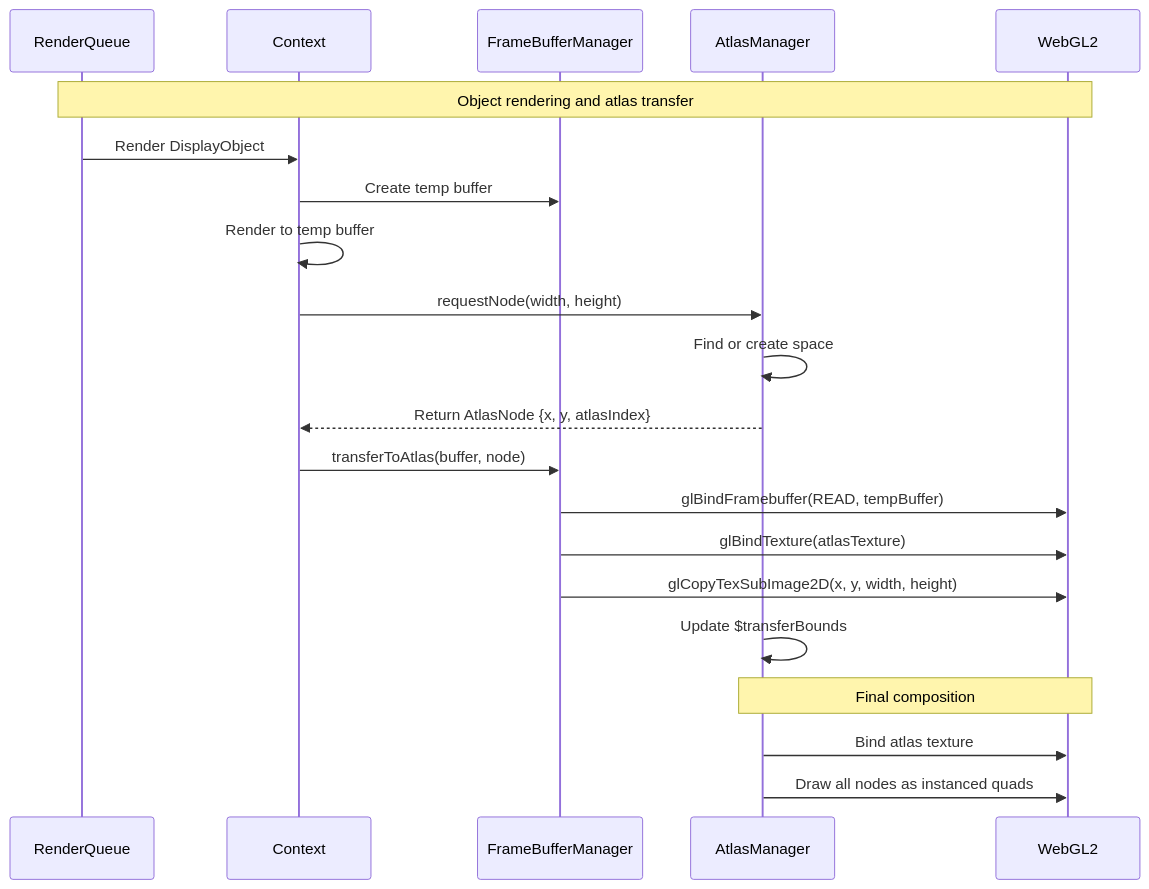
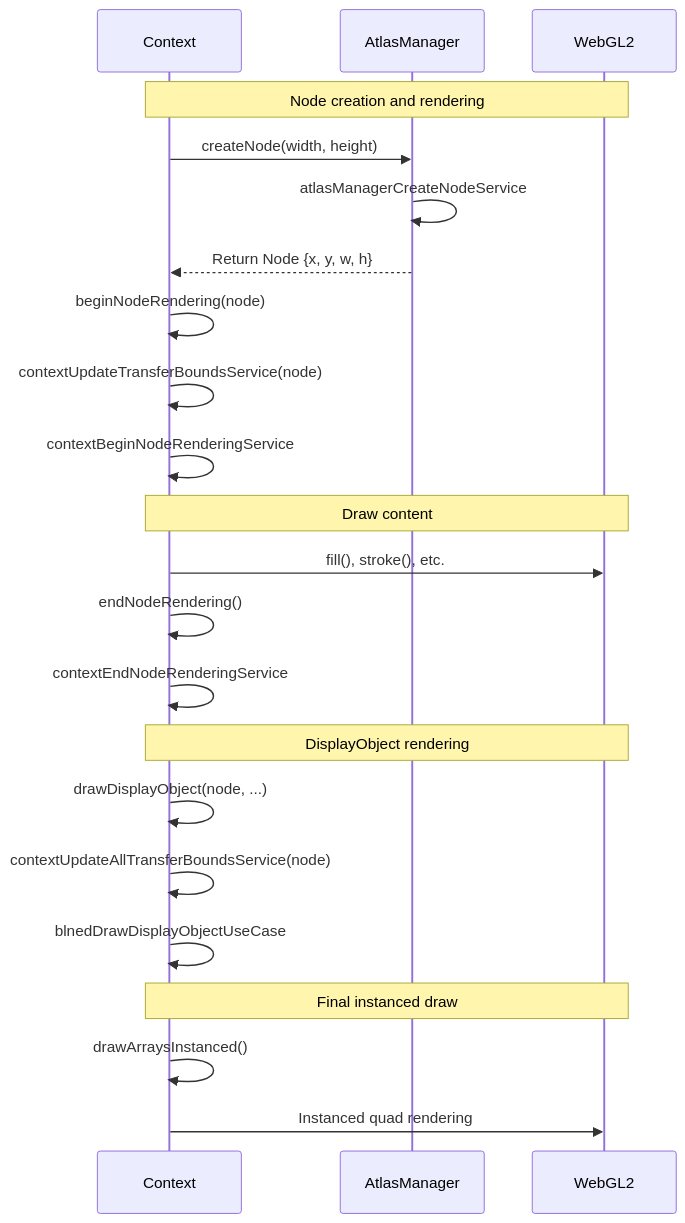
Diagram 33 of 37 in packages/webgl/RENDERING_FLOW.md (Next2D/player), drawn with Mermaid before and after one commit. The commit also changed other lines of this file, not shown here.

Commit message:
#242 update @next2d/webgl RENDERING_FLOW.md

````diff
--- a/packages/webgl/RENDERING_FLOW.md
+++ b/packages/webgl/RENDERING_FLOW.md
@@ -1336,29 +1563,31 @@
 ```mermaid
 sequenceDiagram
-    participant RQ as RenderQueue
     participant CTX as Context
-    participant FBM as FrameBufferManager
     participant Atlas as AtlasManager
     participant GL as WebGL2
 
-    Note over RQ,GL: Object rendering and atlas transfer
+    Note over CTX,GL: Node creation and rendering
 
-    RQ->>CTX: Render DisplayObject
-    CTX->>FBM: Create temp buffer
-    CTX->>CTX: Render to temp buffer
+    CTX->>Atlas: createNode(width, height)
+    Atlas->>Atlas: atlasManagerCreateNodeService
+    Atlas-->>CTX: Return Node {x, y, w, h}
 
-    CTX->>Atlas: requestNode(width, height)
-    Atlas->>Atlas: Find or create space
-    Atlas-->>CTX: Return AtlasNode {x, y, atlasIndex}
+    CTX->>CTX: beginNodeRendering(node)
+    CTX->>CTX: contextUpdateTransferBoundsService(node)
+    CTX->>CTX: contextBeginNodeRenderingService
 
-    CTX->>FBM: transferToAtlas(buffer, node)
-    FBM->>GL: glBindFramebuffer(READ, tempBuffer)
-    FBM->>GL: glBindTexture(atlasTexture)
-    FBM->>GL: glCopyTexSubImage2D(x, y, width, height)
+    Note over CTX,GL: Draw content
+    CTX->>GL: fill(), stroke(), etc.
 
-    Atlas->>Atlas: Update $transferBounds
+    CTX->>CTX: endNodeRendering()
+    CTX->>CTX: contextEndNodeRenderingService
 
-    Note over Atlas,GL: Final composition
-    Atlas->>GL: Bind atlas texture
-    Atlas->>GL: Draw all nodes as instanced quads
+    Note over CTX,GL: DisplayObject rendering
+    CTX->>CTX: drawDisplayObject(node, ...)
+    CTX->>CTX: contextUpdateAllTransferBoundsService(node)
+    CTX->>CTX: blnedDrawDisplayObjectUseCase
+
+    Note over CTX,GL: Final instanced draw
+    CTX->>CTX: drawArraysInstanced()
+    CTX->>GL: Instanced quad rendering
 ```
````
